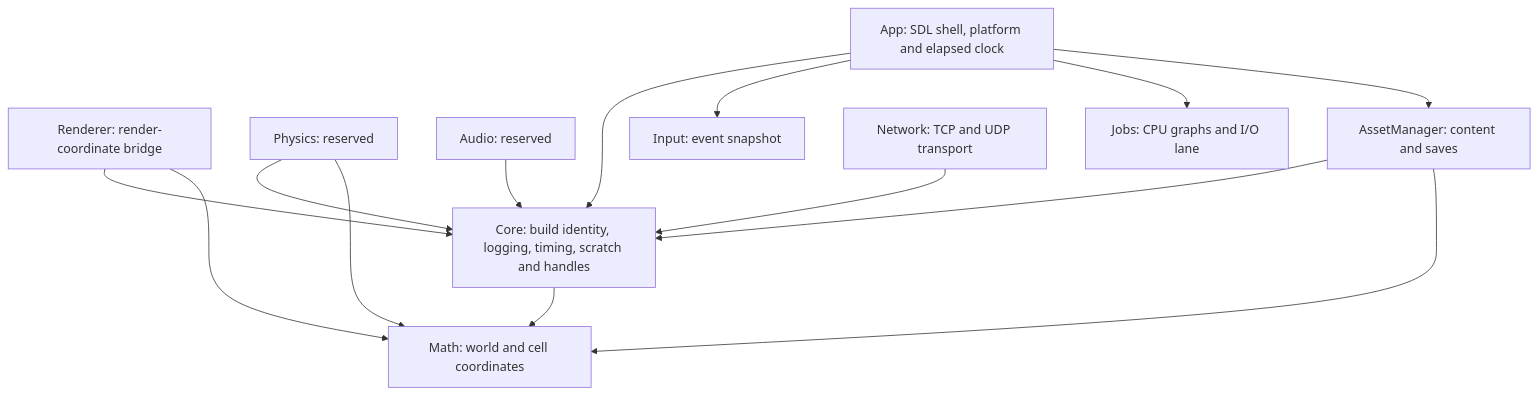
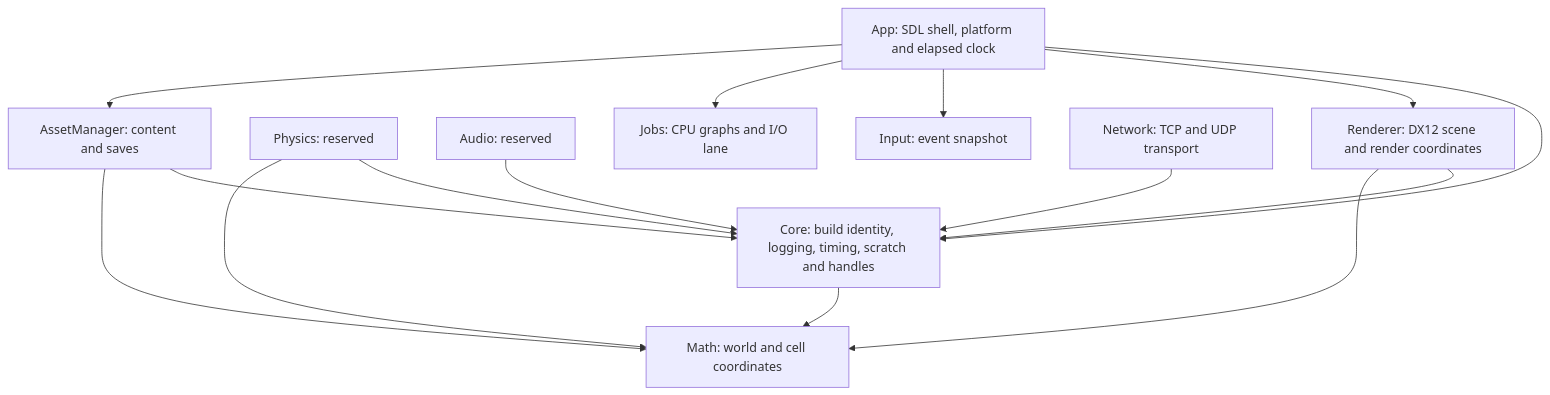
The diagram in docs/ARCHITECTURE.md (HellUponEarth/WiseEngine), drawn with Mermaid before and after one commit. The commit also changed other lines of this file and 12 other files, not shown here.

````diff
--- a/docs/ARCHITECTURE.md
+++ b/docs/ARCHITECTURE.md
@@ -7,16 +7,17 @@
 ```mermaid
 flowchart TD
     App[App: SDL shell, platform and elapsed clock] --> Core[Core: build identity, logging, timing, scratch and handles]
     Core --> Math[Math: world and cell coordinates]
-    Renderer[Renderer: render-coordinate bridge] --> Core
+    App --> Renderer[Renderer: DX12 scene and render coordinates]
+    Renderer --> Core
     Renderer --> Math
     Physics[Physics: reserved] --> Core
     Physics --> Math
     Audio[Audio: reserved] --> Core
     App --> Input[Input: event snapshot]
     App --> Jobs[Jobs: CPU graphs and I/O lane]
     Network[Network: TCP and UDP transport] --> Core
     App --> AssetManager[AssetManager: content and saves]
     AssetManager --> Core
     AssetManager --> Math
 ```
````
